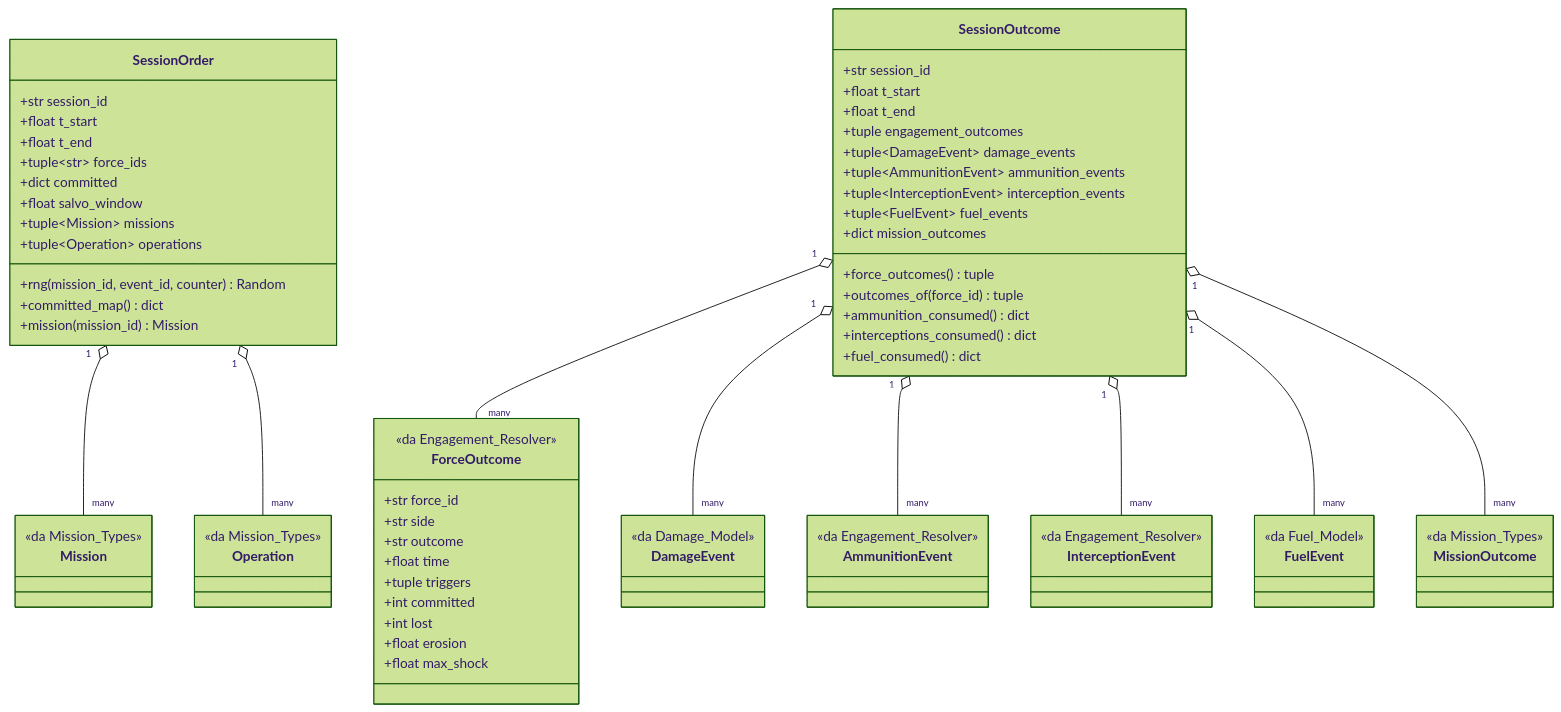
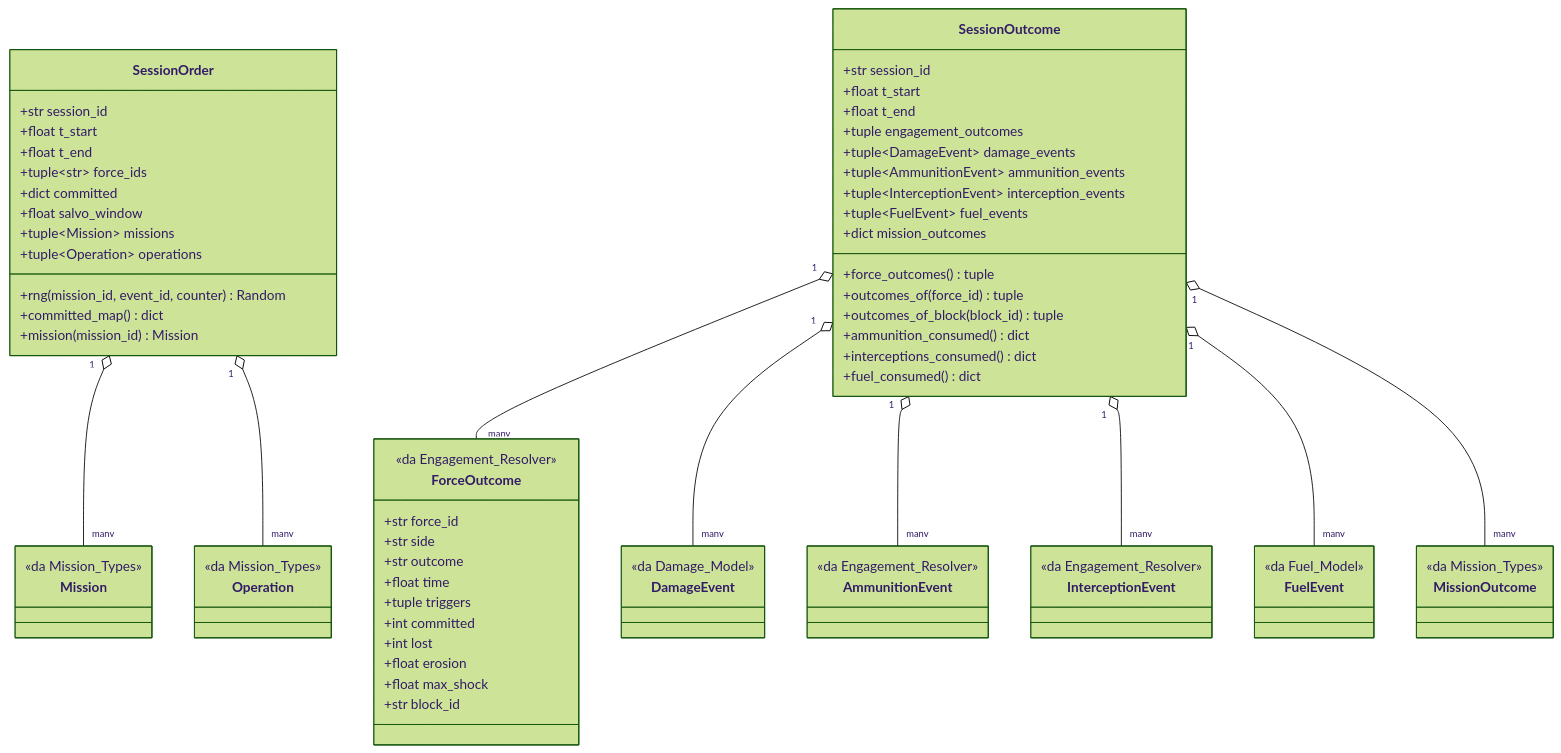
Before and after one commit to MakusIV/Warfare-Model: the first of 4 diagrams in Analysis/Document/Manuale_Motore_DES/03_Strato0_Contratto_Porte.md, drawn with Mermaid (forest theme). The commit also changed other lines of this file and 11 other files, not shown here.

````diff
--- a/Analysis/Document/Manuale_Motore_DES/03_Strato0_Contratto_Porte.md
+++ b/Analysis/Document/Manuale_Motore_DES/03_Strato0_Contratto_Porte.md
@@ -139,77 +162,79 @@
 ```mermaid
 classDiagram
     class SessionOrder {
         +str session_id
         +float t_start
         +float t_end
         +tuple~str~ force_ids
         +dict committed
         +float salvo_window
         +tuple~Mission~ missions
         +tuple~Operation~ operations
         +rng(mission_id, event_id, counter) Random
         +committed_map() dict
         +mission(mission_id) Mission
     }
 
     class SessionOutcome {
         +str session_id
         +float t_start
         +float t_end
         +tuple engagement_outcomes
         +tuple~DamageEvent~ damage_events
         +tuple~AmmunitionEvent~ ammunition_events
         +tuple~InterceptionEvent~ interception_events
         +tuple~FuelEvent~ fuel_events
         +dict mission_outcomes
         +force_outcomes() tuple
         +outcomes_of(force_id) tuple
+        +outcomes_of_block(block_id) tuple
         +ammunition_consumed() dict
         +interceptions_consumed() dict
         +fuel_consumed() dict
     }
 
     class ForceOutcome {
         <<da Engagement_Resolver>>
         +str force_id
         +str side
         +str outcome
         +float time
         +tuple triggers
         +int committed
         +int lost
         +float erosion
         +float max_shock
+        +str block_id
     }
 
     class DamageEvent {
         <<da Damage_Model>>
     }
     class AmmunitionEvent {
         <<da Engagement_Resolver>>
     }
     class InterceptionEvent {
         <<da Engagement_Resolver>>
     }
     class FuelEvent {
         <<da Fuel_Model>>
     }
     class Mission {
         <<da Mission_Types>>
     }
     class Operation {
         <<da Mission_Types>>
     }
     class MissionOutcome {
         <<da Mission_Types>>
     }
 
     SessionOutcome "1" o-- "many" ForceOutcome
     SessionOutcome "1" o-- "many" DamageEvent
     SessionOutcome "1" o-- "many" AmmunitionEvent
     SessionOutcome "1" o-- "many" InterceptionEvent
     SessionOutcome "1" o-- "many" FuelEvent
     SessionOutcome "1" o-- "many" MissionOutcome
     SessionOrder "1" o-- "many" Mission
     SessionOrder "1" o-- "many" Operation
 ```
````
